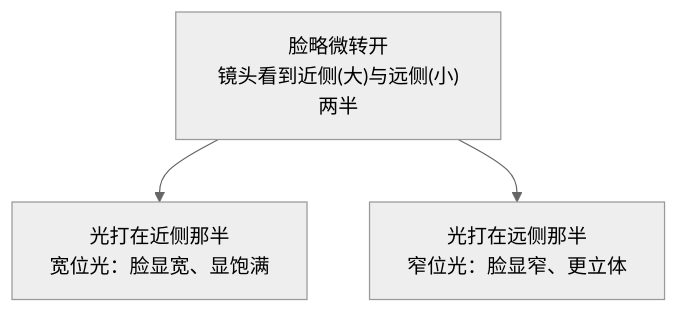
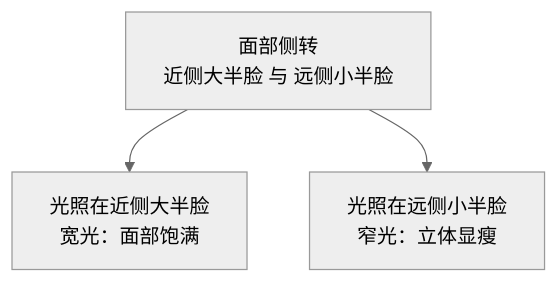
One commit to yingwang/photography-book changed the diagram in docs/07-portrait.md. Above: the diagram before and after it, drawn with Mermaid (neutral theme). The commit also changed other lines of this file and 16 other files, not shown here.

````diff
--- a/docs/07-portrait.md
+++ b/docs/07-portrait.md
@@ -60,6 +79,6 @@
 ```mermaid
 graph TD
-    A["脸略微转开<br/>镜头看到近侧(大)与远侧(小)两半"]
-    A --> B["光打在近侧那半<br/>宽位光：脸显宽、显饱满"]
-    A --> C["光打在远侧那半<br/>窄位光：脸显窄、更立体"]
+    A["面部侧转<br/>近侧大半脸 与 远侧小半脸"]
+    A --> B["光照在近侧大半脸<br/>宽光：面部饱满"]
+    A --> C["光照在远侧小半脸<br/>窄光：立体显瘦"]
 ```
````
